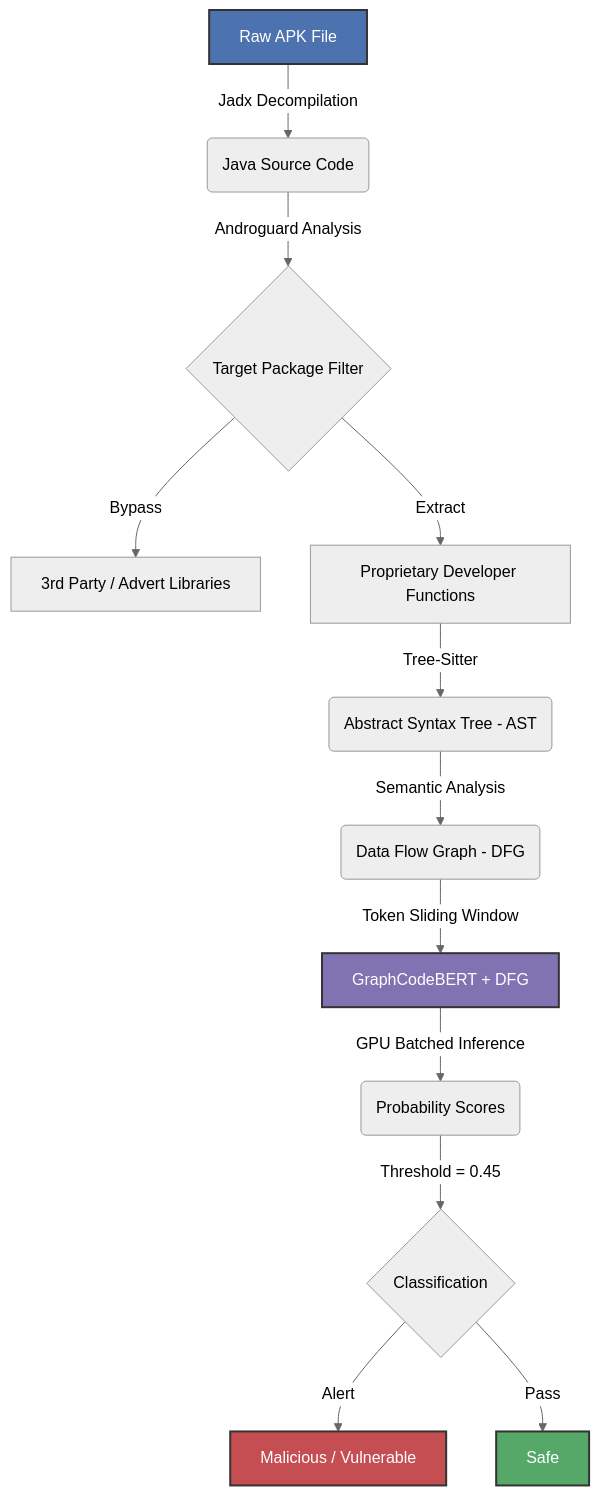
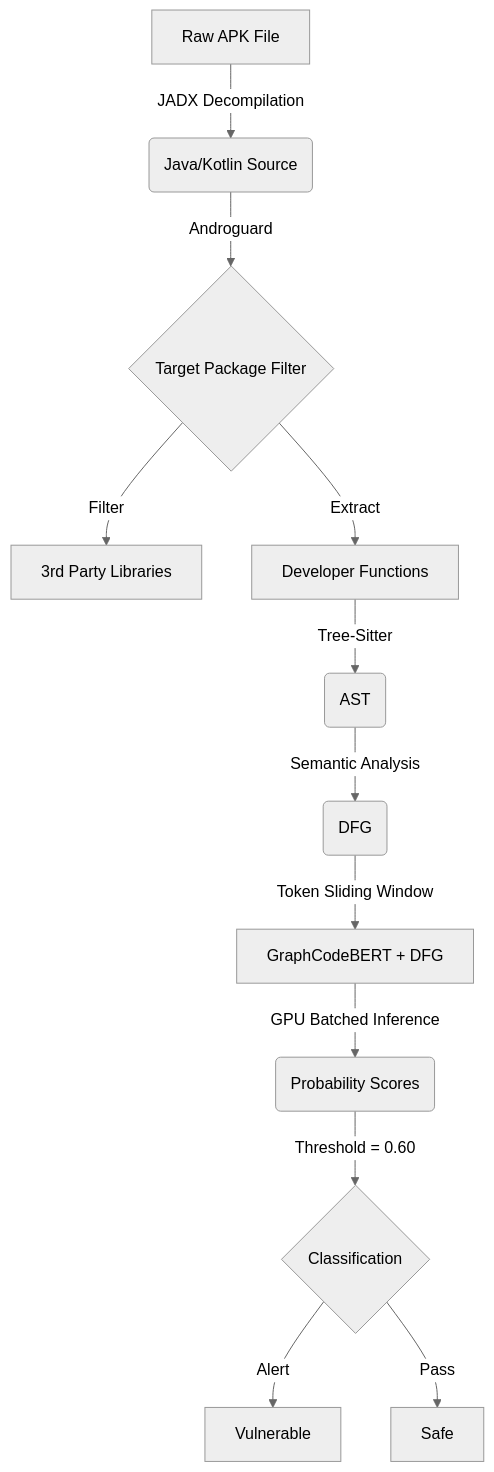
Before and after one commit to abdullah2142/Dual-Transformer-APK-Defense: the diagram in README.md, drawn with Mermaid (neutral theme). The commit also changed other lines of this file and 66 other files, not shown here.

````diff
--- a/README.md
+++ b/README.md
@@ -19,19 +32,14 @@
 ```mermaid
 graph TD
-    A[Raw APK File] -->|Jadx Decompilation| B(Java Source Code)
-    B -->|Androguard Analysis| C{Target Package Filter}
-    C -->|Bypass| D[3rd Party / Advert Libraries]
-    C -->|Extract| E[Proprietary Developer Functions]
-    E -->|Tree-Sitter| F(Abstract Syntax Tree - AST)
-    F -->|Semantic Analysis| G(Data Flow Graph - DFG)
+    A[Raw APK File] -->|JADX Decompilation| B(Java/Kotlin Source)
+    B -->|Androguard| C{Target Package Filter}
+    C -->|Filter| D[3rd Party Libraries]
+    C -->|Extract| E[Developer Functions]
+    E -->|Tree-Sitter| F(AST)
+    F -->|Semantic Analysis| G(DFG)
     G -->|Token Sliding Window| H[GraphCodeBERT + DFG]
     H -->|GPU Batched Inference| I(Probability Scores)
-    I -->|Threshold = 0.45| J{Classification}
-    J -->|Alert| K[Malicious / Vulnerable]
+    I -->|Threshold = 0.60| J{Classification}
+    J -->|Alert| K[Vulnerable]
     J -->|Pass| L[Safe]
-    
-    style A fill:#4C72B0,stroke:#333,stroke-width:2px,color:#fff
-    style K fill:#C44E52,stroke:#333,stroke-width:2px,color:#fff
-    style L fill:#55A868,stroke:#333,stroke-width:2px,color:#fff
-    style H fill:#8172B2,stroke:#333,stroke-width:2px,color:#fff
 ```
````
